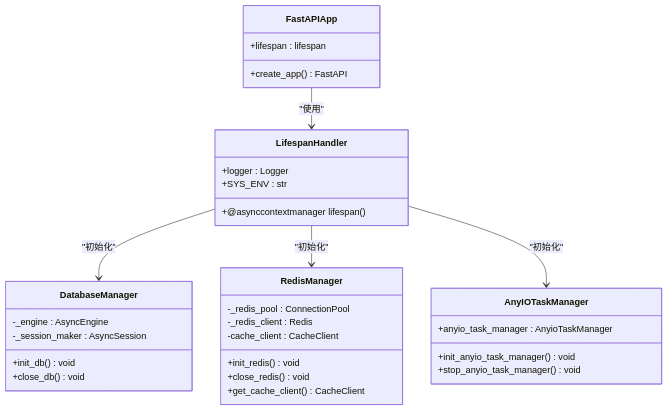
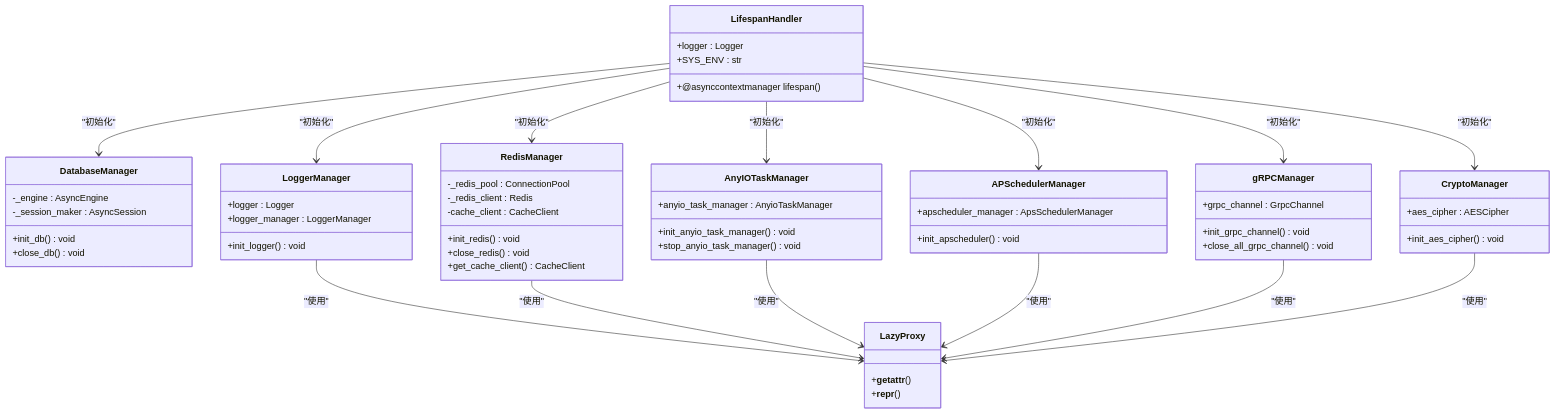
The second of 9 diagrams in .qoder/repowiki/zh/content/核心架构设计/应用生命周期管理.md (lilinzezzzzzz/fastapi-backend), drawn with Mermaid before and after one commit. The commit also changed other lines of this file and 4 other files, not shown here.

First line of the commit message:
feat(core): 引入 LazyProxy 机制保障组件延迟安全初始化

````diff
--- a/.qoder/repowiki/zh/content/核心架构设计/应用生命周期管理.md
+++ b/.qoder/repowiki/zh/content/核心架构设计/应用生命周期管理.md
@@ -77,35 +102,62 @@
 ```mermaid
 classDiagram
 class LifespanHandler {
 +@asynccontextmanager lifespan()
 +logger : Logger
 +SYS_ENV : str
 }
 class DatabaseManager {
 +init_db() void
 +close_db() void
 -_engine : AsyncEngine
 -_session_maker : AsyncSession
 }
 class RedisManager {
 +init_redis() void
 +close_redis() void
 +get_cache_client() CacheClient
 -_redis_pool : ConnectionPool
 -_redis_client : Redis
 -cache_client : CacheClient
 }
 class AnyIOTaskManager {
 +init_anyio_task_manager() void
 +stop_anyio_task_manager() void
 +anyio_task_manager : AnyioTaskManager
 }
-class FastAPIApp {
-+lifespan : lifespan
-+create_app() FastAPI
+class APSchedulerManager {
++init_apscheduler() void
++apscheduler_manager : ApsSchedulerManager
+}
+class gRPCManager {
++init_grpc_channel() void
++close_all_grpc_channel() void
++grpc_channel : GrpcChannel
+}
+class LoggerManager {
++init_logger() void
++logger : Logger
++logger_manager : LoggerManager
+}
+class CryptoManager {
++init_aes_cipher() void
++aes_cipher : AESCipher
+}
+class LazyProxy {
++__getattr__()
++__repr__()
 }
 LifespanHandler --> DatabaseManager : "初始化"
 LifespanHandler --> RedisManager : "初始化"
 LifespanHandler --> AnyIOTaskManager : "初始化"
-FastAPIApp --> LifespanHandler : "使用"
+LifespanHandler --> APSchedulerManager : "初始化"
+LifespanHandler --> gRPCManager : "初始化"
+LifespanHandler --> LoggerManager : "初始化"
+LifespanHandler --> CryptoManager : "初始化"
+LoggerManager --> LazyProxy : "使用"
+RedisManager --> LazyProxy : "使用"
+AnyIOTaskManager --> LazyProxy : "使用"
+APSchedulerManager --> LazyProxy : "使用"
+gRPCManager --> LazyProxy : "使用"
+CryptoManager --> LazyProxy : "使用"
 ```
````
